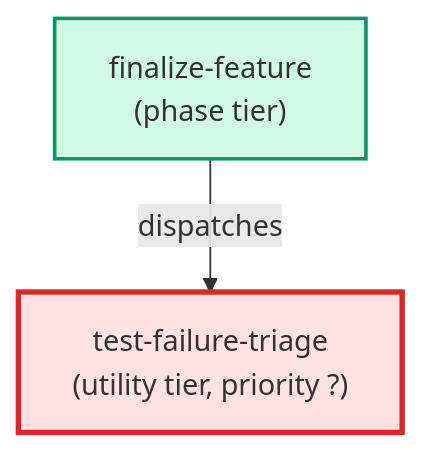
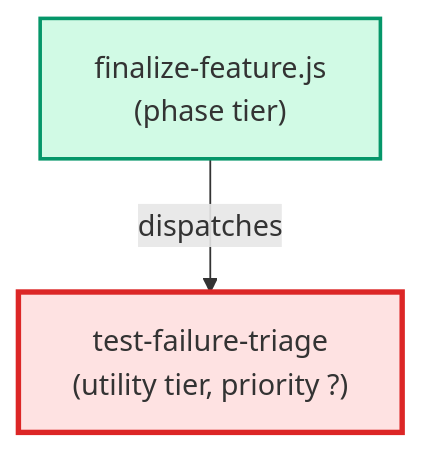
One commit to urlmonitor/leafcutter-ai changed the diagram in docs/agents/cards/test-failure-triage.card.md. Above: the diagram before and after it, drawn with Mermaid. The commit also changed other lines of this file and 52 other files, not shown here.

````diff
--- a/docs/agents/cards/test-failure-triage.card.md
+++ b/docs/agents/cards/test-failure-triage.card.md
@@ -43,12 +47,12 @@
 ```mermaid
 flowchart TD
     classDef supervisor fill:#dbeafe,stroke:#2563eb,stroke-width:2px
     classDef phase fill:#d1fae5,stroke:#059669,stroke-width:2px
     classDef utility fill:#f3f4f6,stroke:#4b5563,stroke-width:2px
     classDef target fill:#fee2e2,stroke:#dc2626,stroke-width:3px
 
-    finalize_feature["finalize-feature\n(phase tier)"]:::phase
+    finalize_feature.js["finalize-feature.js\n(phase tier)"]:::phase
     test_failure_triage["test-failure-triage\n(utility tier, priority ?)"]:::target
 
-    finalize_feature -->|dispatches| test_failure_triage
+    finalize_feature.js -->|dispatches| test_failure_triage
 ```
````
